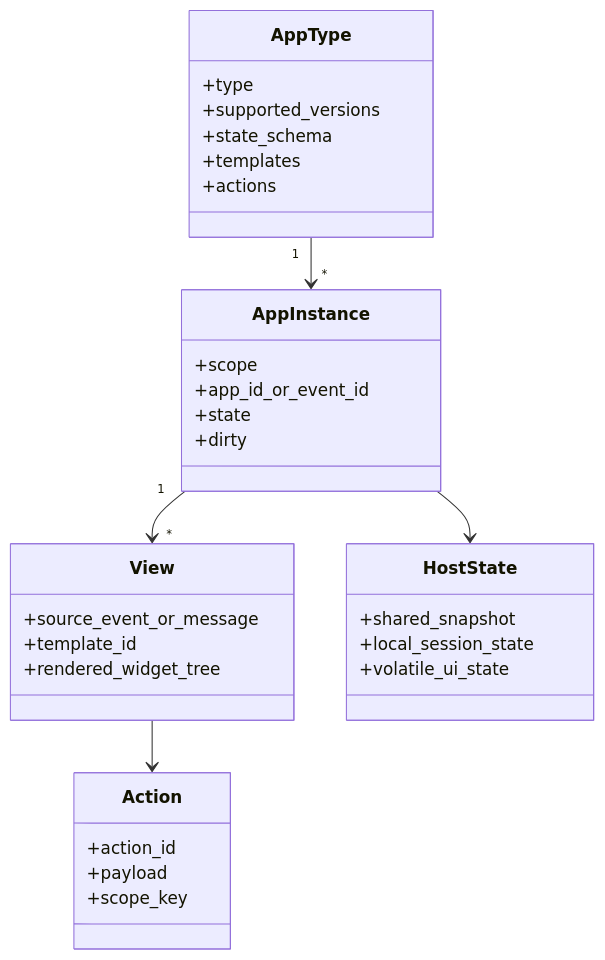
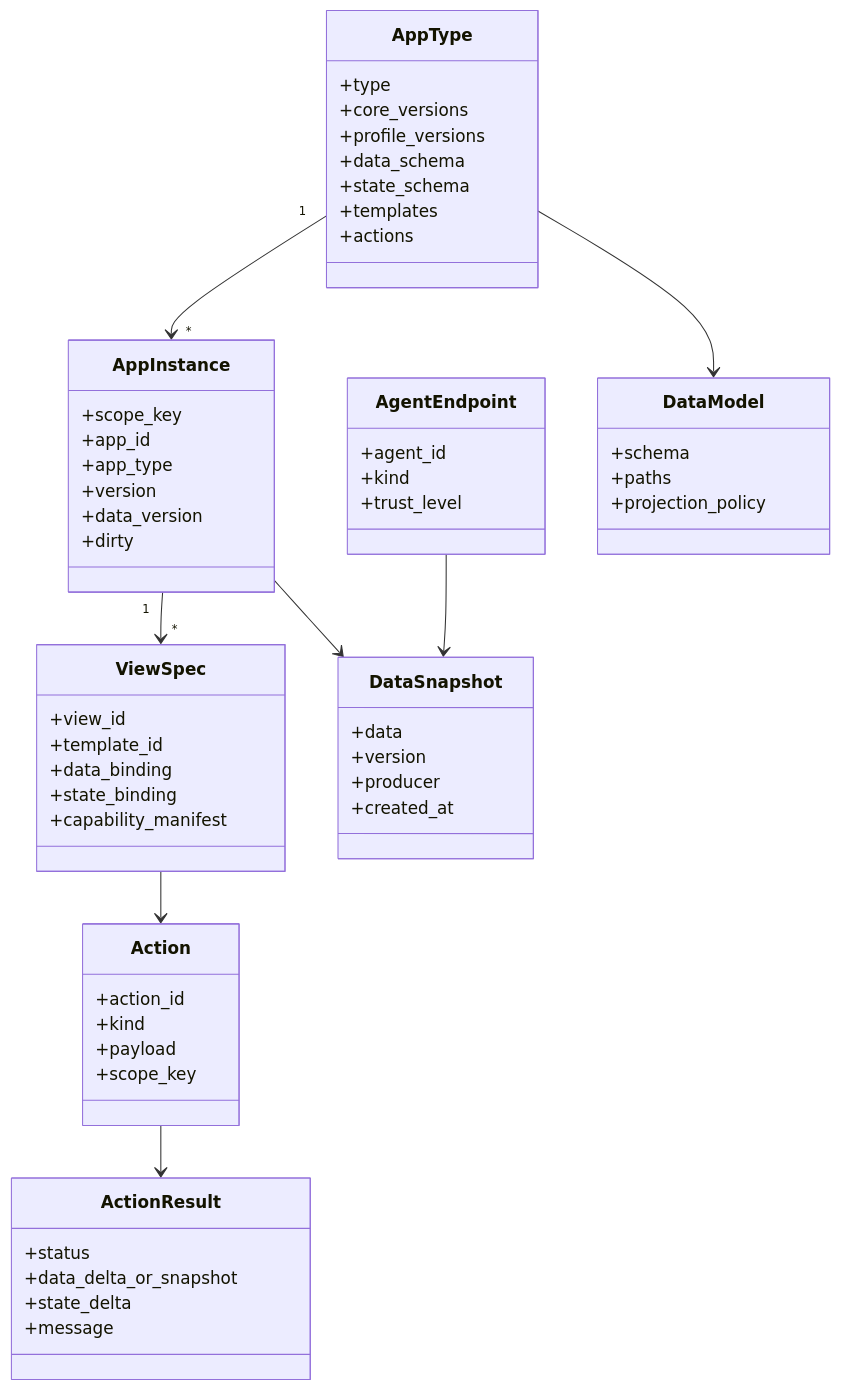
Before and after one commit to ZhangHanDong/makepad: the first of 2 diagrams in examples/aichat/specs/agent2app-book/src/02-domain-model.md, drawn with Mermaid. The commit also changed other lines of this file and 37 other files, not shown here.

Commit message:
Document agent2app aichat rollout

````diff
--- a/examples/aichat/specs/agent2app-book/src/02-domain-model.md
+++ b/examples/aichat/specs/agent2app-book/src/02-domain-model.md
@@ -5,40 +5,70 @@
 ```mermaid
 classDiagram
+    class AgentEndpoint {
+      +agent_id
+      +kind
+      +trust_level
+    }
+
     class AppType {
       +type
-      +supported_versions
+      +core_versions
+      +profile_versions
+      +data_schema
       +state_schema
       +templates
       +actions
     }
 
     class AppInstance {
-      +scope
-      +app_id_or_event_id
-      +state
+      +scope_key
+      +app_id
+      +app_type
+      +version
+      +data_version
       +dirty
     }
 
-    class View {
-      +source_event_or_message
+    class DataModel {
+      +schema
+      +paths
+      +projection_policy
+    }
+
+    class ViewSpec {
+      +view_id
       +template_id
-      +rendered_widget_tree
+      +data_binding
+      +state_binding
+      +capability_manifest
+    }
+
+    class DataSnapshot {
+      +data
+      +version
+      +producer
+      +created_at
     }
 
     class Action {
       +action_id
+      +kind
       +payload
       +scope_key
     }
 
-    class HostState {
-      +shared_snapshot
-      +local_session_state
-      +volatile_ui_state
+    class ActionResult {
+      +status
+      +data_delta_or_snapshot
+      +state_delta
+      +message
     }
 
+    AgentEndpoint --> DataSnapshot
     AppType "1" --> "*" AppInstance
-    AppInstance "1" --> "*" View
-    View --> Action
-    AppInstance --> HostState
+    AppType --> DataModel
+    AppInstance "1" --> "*" ViewSpec
+    AppInstance --> DataSnapshot
+    ViewSpec --> Action
+    Action --> ActionResult
 ```
````
